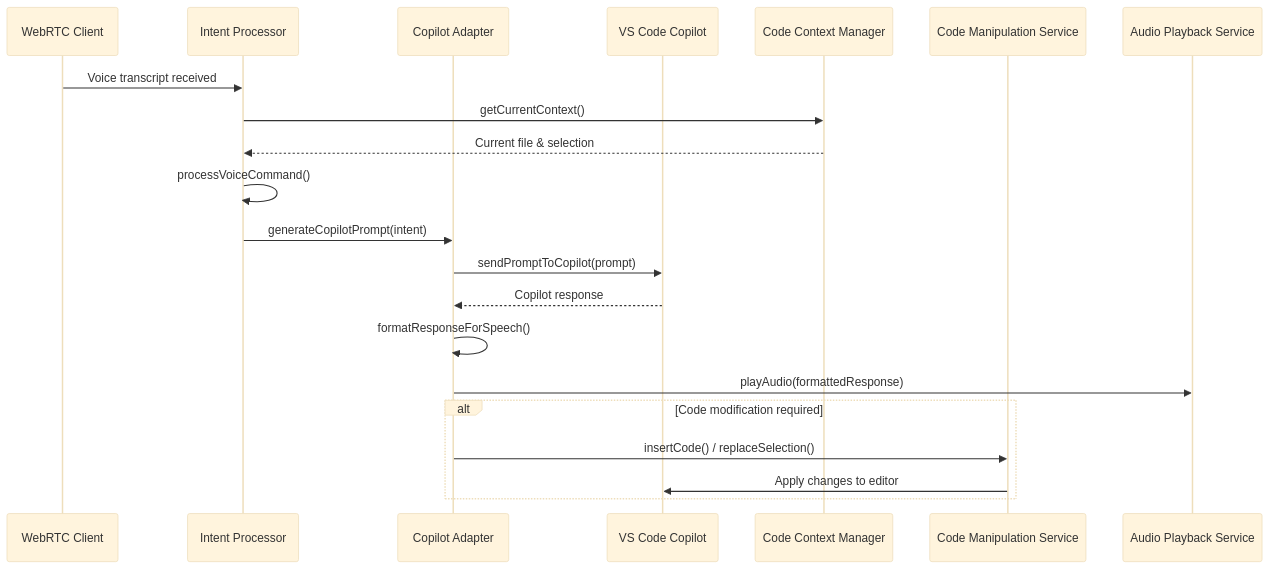
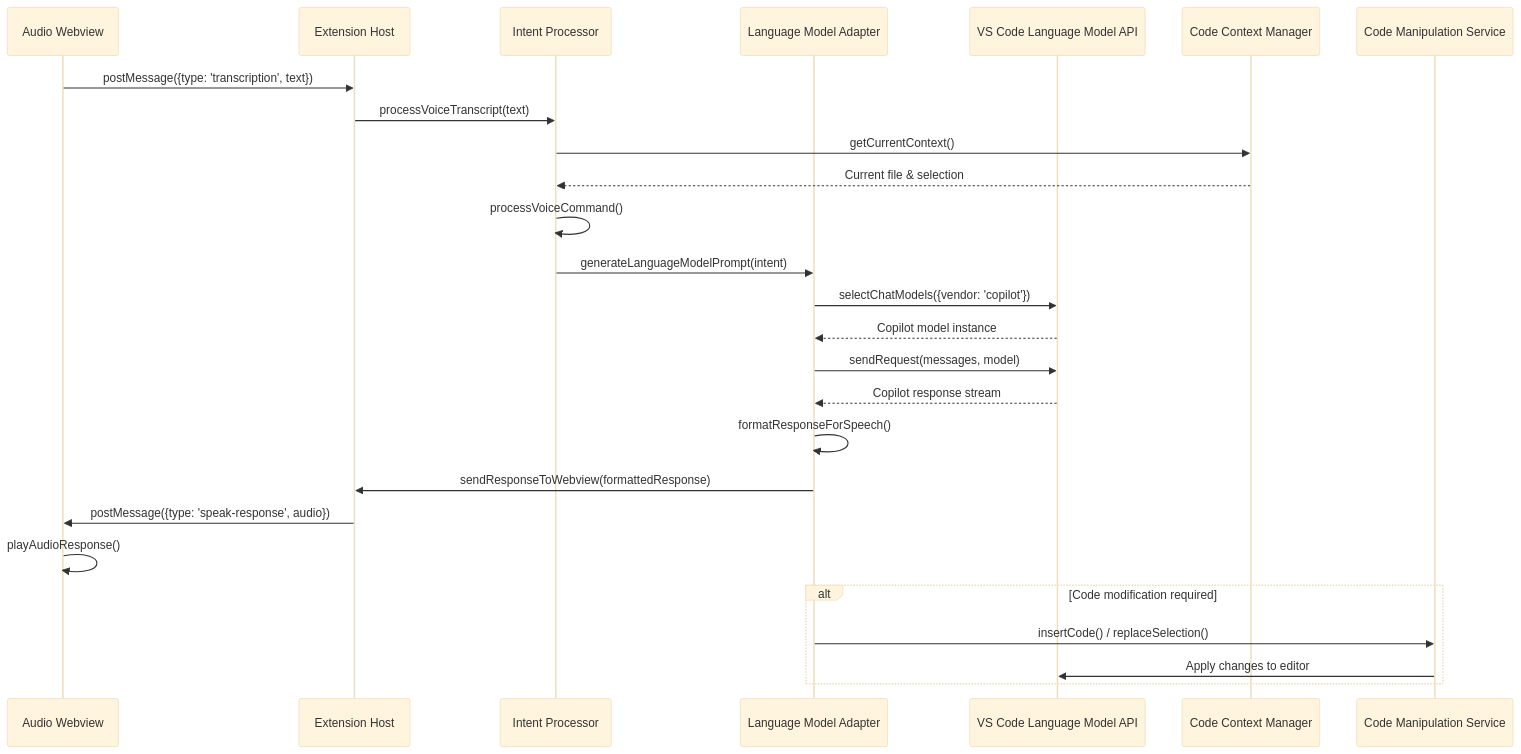
The third of 6 diagrams in docs/design/COMPONENTS.md (PlagueHO/voice-pilot), drawn with Mermaid (base theme) before and after one commit. The commit also changed other lines of this file, not shown here.

First line of the commit message:
CHANGE: Revise COMPONENTS.md for audio processing

````diff
--- a/docs/design/COMPONENTS.md
+++ b/docs/design/COMPONENTS.md
@@ -279,26 +357,32 @@
 ```mermaid
 sequenceDiagram
-    participant WebRTC as WebRTC Client
+    participant Webview as Audio Webview
+    participant ExtHost as Extension Host
     participant IntentProc as Intent Processor
-    participant CopilotAdapter as Copilot Adapter
-    participant VSCodeCopilot as VS Code Copilot
+    participant LMAdapter as Language Model Adapter
+    participant VSCodeLM as VS Code Language Model API
     participant CodeContext as Code Context Manager
     participant CodeManip as Code Manipulation Service
-    participant TTS as Audio Playback Service
 
-    WebRTC->>IntentProc: Voice transcript received
+    Webview->>ExtHost: postMessage({type: 'transcription', text})
+    ExtHost->>IntentProc: processVoiceTranscript(text)
     IntentProc->>CodeContext: getCurrentContext()
     CodeContext-->>IntentProc: Current file & selection
     IntentProc->>IntentProc: processVoiceCommand()
-    IntentProc->>CopilotAdapter: generateCopilotPrompt(intent)
+    IntentProc->>LMAdapter: generateLanguageModelPrompt(intent)
 
-    CopilotAdapter->>VSCodeCopilot: sendPromptToCopilot(prompt)
-    VSCodeCopilot-->>CopilotAdapter: Copilot response
-    CopilotAdapter->>CopilotAdapter: formatResponseForSpeech()
-    CopilotAdapter->>TTS: playAudio(formattedResponse)
+    LMAdapter->>VSCodeLM: selectChatModels({vendor: 'copilot'})
+    VSCodeLM-->>LMAdapter: Copilot model instance
+    LMAdapter->>VSCodeLM: sendRequest(messages, model)
+    VSCodeLM-->>LMAdapter: Copilot response stream
+    LMAdapter->>LMAdapter: formatResponseForSpeech()
+
+    LMAdapter->>ExtHost: sendResponseToWebview(formattedResponse)
+    ExtHost->>Webview: postMessage({type: 'speak-response', audio})
+    Webview->>Webview: playAudioResponse()
 
     alt Code modification required
-        CopilotAdapter->>CodeManip: insertCode() / replaceSelection()
-        CodeManip->>VSCodeCopilot: Apply changes to editor
+        LMAdapter->>CodeManip: insertCode() / replaceSelection()
+        CodeManip->>VSCodeLM: Apply changes to editor
     end
 ```
````
